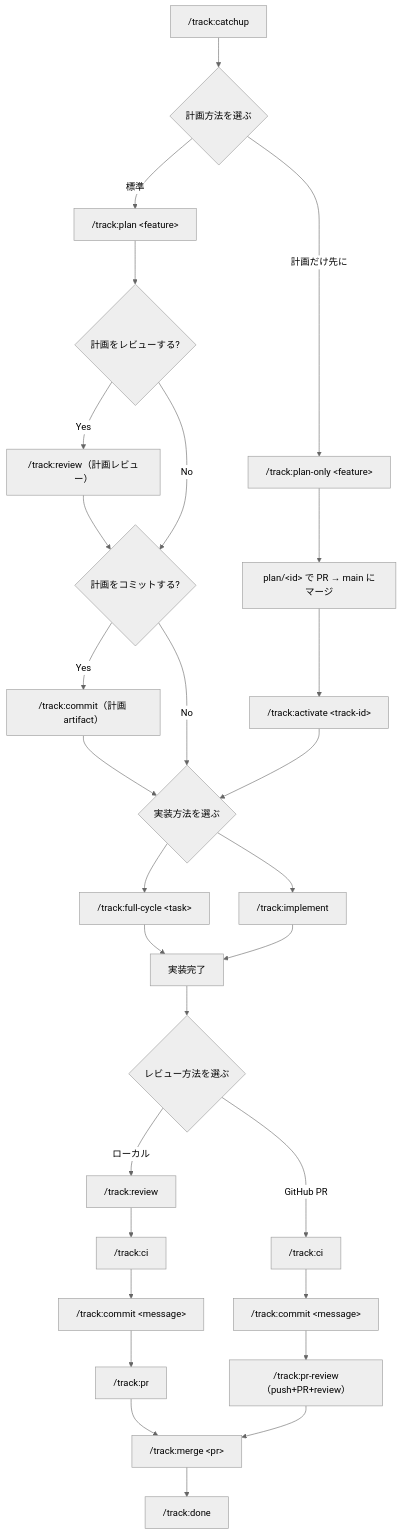
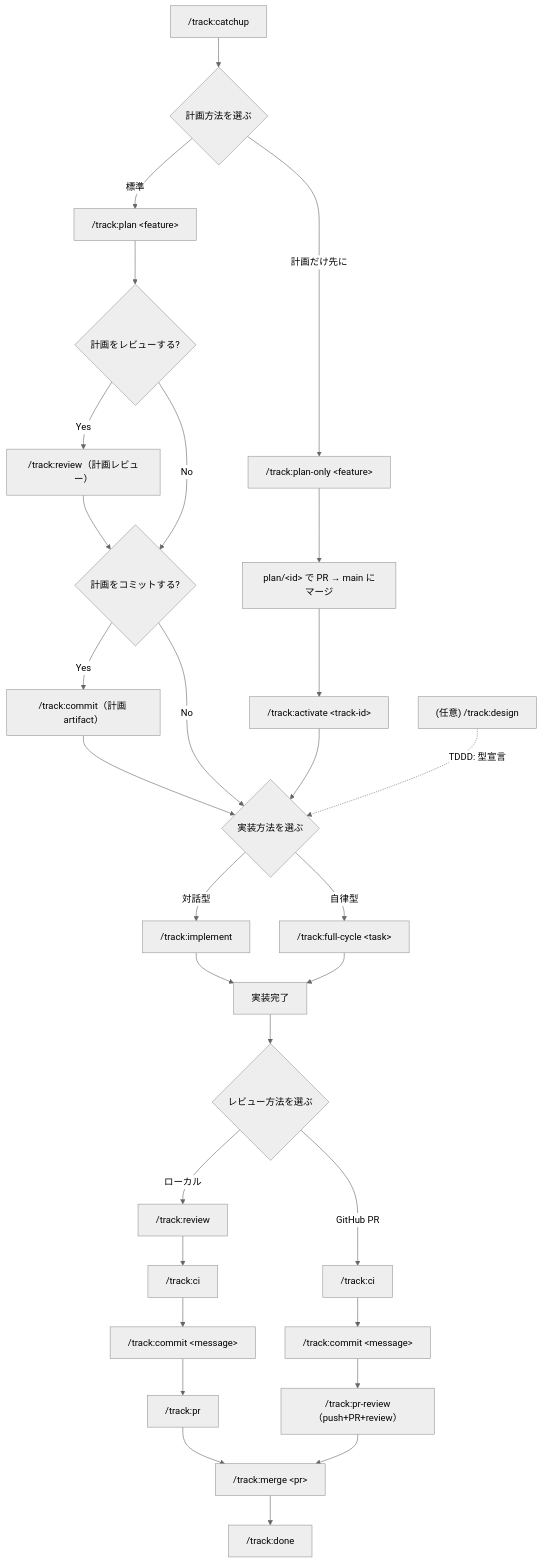
Before and after one commit to Flip451/SoTOHE-core: the diagram in DEVELOPER_AI_WORKFLOW.md, drawn with Mermaid (neutral theme). The commit also changed other lines of this file and 5 other files, not shown here.

First line of the commit message:
docs(tddd): add /track:design workflow guidance to plan, WORKFLOW, and AI workflow (T07)

````diff
--- a/DEVELOPER_AI_WORKFLOW.md
+++ b/DEVELOPER_AI_WORKFLOW.md
@@ -53,31 +53,32 @@
 ```mermaid
 flowchart TD
     A["/track:catchup"] --> B{計画方法を選ぶ}
     B -->|"標準"| P1["/track:plan &lt;feature&gt;"]
     B -->|"計画だけ先に"| P2["/track:plan-only &lt;feature&gt;"]
     P1 --> PR{"計画をレビューする?"}
     PR -->|Yes| R1["/track:review（計画レビュー）"]
     R1 --> PC{"計画をコミットする?"}
     PR -->|No| PC
     PC -->|Yes| R1C["/track:commit（計画 artifact）"]
-    R1C --> D{実装方法を選ぶ}
-    PC -->|No| D
+    R1C --> IMPL{実装方法を選ぶ}
+    PC -->|No| IMPL
     P2 --> PM["plan/&lt;id&gt; で PR → main にマージ"]
     PM --> ACT["/track:activate &lt;track-id&gt;"]
-    ACT --> D
-    D --> E["/track:full-cycle &lt;task&gt;"]
-    D --> F["/track:implement"]
-    E --> G["実装完了"]
-    F --> G
+    ACT --> IMPL
+    DS["(任意) /track:design"] -.->|"TDDD: 型宣言"| IMPL
+    IMPL -->|"対話型"| F["/track:implement"]
+    IMPL -->|"自律型"| FC["/track:full-cycle &lt;task&gt;"]
+    F --> G["実装完了"]
+    FC --> G
     G --> H{レビュー方法を選ぶ}
     H -->|"ローカル"| I["/track:review"]
     I --> J["/track:ci"]
     J --> K["/track:commit &lt;message&gt;"]
     K --> L["/track:pr"]
     L --> M["/track:merge &lt;pr&gt;"]
     H -->|"GitHub PR"| J2["/track:ci"]
     J2 --> K2["/track:commit &lt;message&gt;"]
     K2 --> I2["/track:pr-review（push+PR+review）"]
     I2 --> M
     M --> N["/track:done"]
 ```
````
